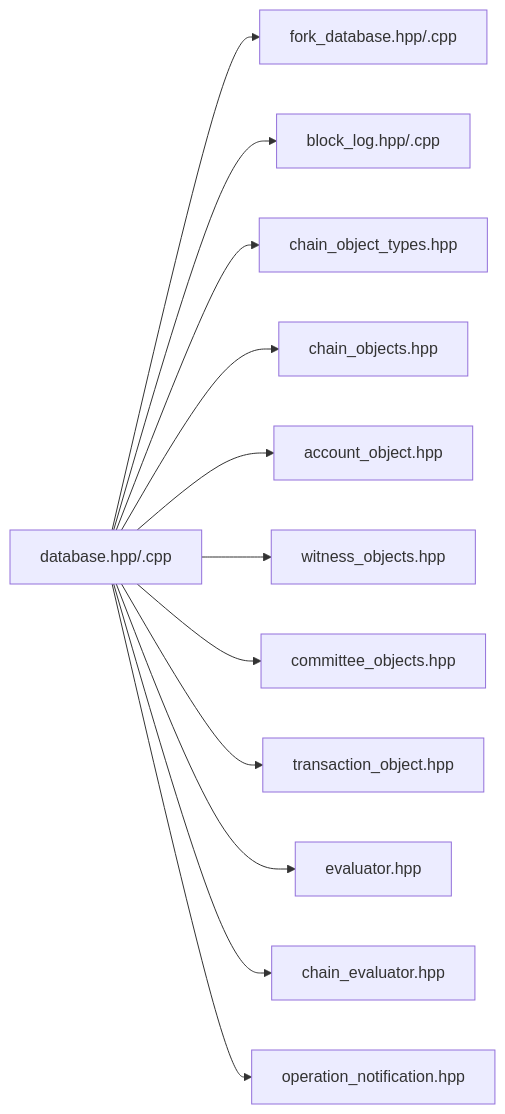
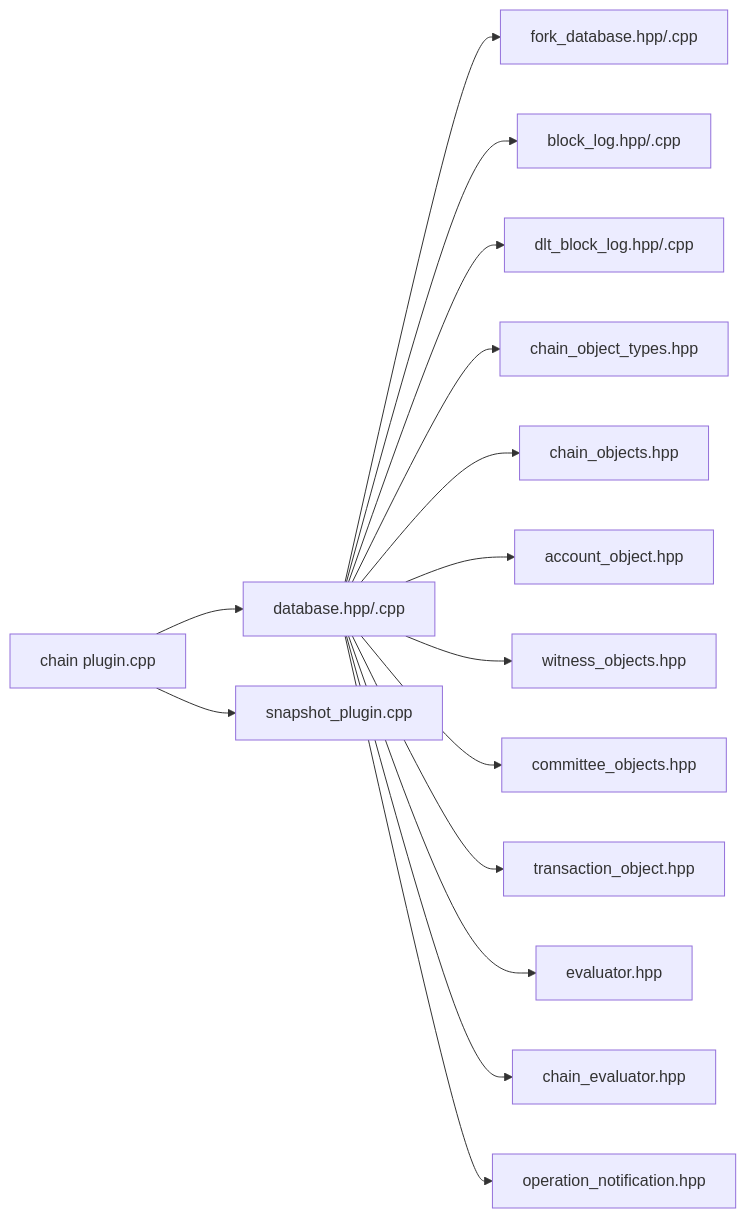
Diagram 11 of 11 in .qoder/repowiki/en/content/Architecture Overview/Core Libraries/Chain Library/Chain Library.md (VIZ-Blockchain/viz-cpp-node), drawn with Mermaid before and after one commit. The commit also changed other lines of this file and 9 other files, not shown here.

First line of the commit message:
feat(chain): add snapshot loading and DLT mode support

````diff
--- a/.qoder/repowiki/en/content/Architecture Overview/Core Libraries/Chain Library/Chain Library.md
+++ b/.qoder/repowiki/en/content/Architecture Overview/Core Libraries/Chain Library/Chain Library.md
@@ -445,14 +624,17 @@
 ```mermaid
 graph LR
 DB["database.hpp/.cpp"] --> FDB["fork_database.hpp/.cpp"]
 DB --> BLK["block_log.hpp/.cpp"]
+DB --> DLT["dlt_block_log.hpp/.cpp"]
 DB --> OT["chain_object_types.hpp"]
 DB --> CO["chain_objects.hpp"]
 DB --> AO["account_object.hpp"]
 DB --> WO["witness_objects.hpp"]
 DB --> CT["committee_objects.hpp"]
 DB --> TO["transaction_object.hpp"]
 DB --> EV["evaluator.hpp"]
 DB --> CEV["chain_evaluator.hpp"]
 DB --> ON["operation_notification.hpp"]
+CHAINPLUG["chain plugin.cpp"] --> SNAP["snapshot_plugin.cpp"]
+CHAINPLUG --> DB
 ```
````
